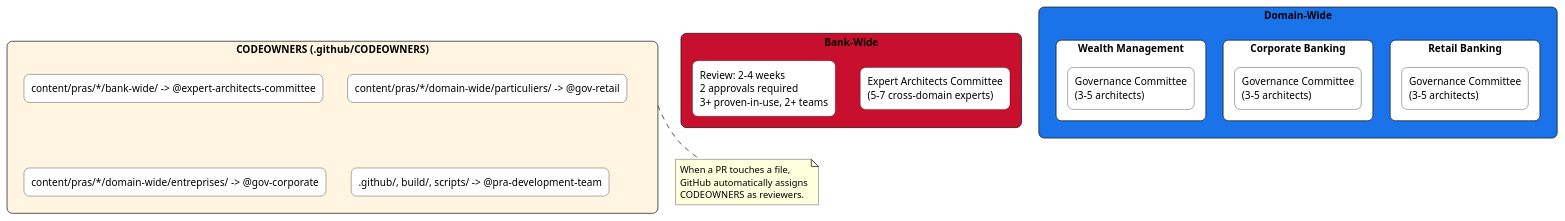
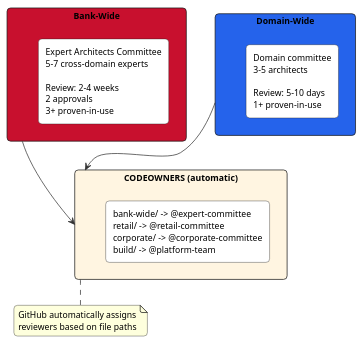
Before and after one commit to KiyaliHQ/proven-reusable-architecture: the fifth of 7 diagrams in content/pras/en/overview.adoc, drawn with PlantUML. The commit also changed other lines of this file and 1 other file, not shown here.

First line of the commit message:
fix: improve PlantUML diagrams for stakeholder presentation

```diff
--- a/content/pras/en/overview.adoc
+++ b/content/pras/en/overview.adoc
@@ -224,39 +197,32 @@
 [plantuml]
 ----
 @startuml
 skinparam backgroundColor transparent
-skinparam rectangle {
-  RoundCorner 15
+skinparam defaultFontName "Segoe UI"
+skinparam defaultFontSize 12
+skinparam shadowing false
+skinparam roundCorner 10
+skinparam ArrowColor #333333
+
+rectangle "Bank-Wide" as bw #c8102e {
+  rectangle "Expert Architects Committee\n5-7 cross-domain experts\n\nReview: 2-4 weeks\n2 approvals\n3+ proven-in-use" as bw_rules #ffffff
 }
 
-rectangle "Bank-Wide" as bw #c8102e {
-  rectangle "Expert Architects Committee\n(5-7 cross-domain experts)" as cae #fff
-  rectangle "Review: 2-4 weeks\n2 approvals required\n3+ proven-in-use, 2+ teams" as bw_rules #fff
+rectangle "Domain-Wide" as dw #2563eb {
+  rectangle "Domain committee\n3-5 architects\n\nReview: 5-10 days\n1+ proven-in-use" as dw_rules #ffffff
 }
 
-rectangle "Domain-Wide" as dw #1a73e8 {
-  rectangle "Retail Banking" as gov_part #fff {
-    rectangle "Governance Committee\n(3-5 architects)" as cg_part #fff
-  }
-  rectangle "Corporate Banking" as gov_ent #fff {
-    rectangle "Governance Committee\n(3-5 architects)" as cg_ent #fff
-  }
-  rectangle "Wealth Management" as gov_gp #fff {
-    rectangle "Governance Committee\n(3-5 architects)" as cg_gp #fff
-  }
+rectangle "CODEOWNERS (automatic)" as co #fff5e1 {
+  rectangle "bank-wide/ -> @expert-committee\nretail/ -> @retail-committee\ncorporate/ -> @corporate-committee\nbuild/ -> @platform-team" as co_rules #ffffff
 }
 
-rectangle "CODEOWNERS (.github/CODEOWNERS)" as co #fff5e1 {
-  rectangle "content/pras/*/bank-wide/ -> @expert-architects-committee" as co1 #fff
-  rectangle "content/pras/*/domain-wide/particuliers/ -> @gov-retail" as co2 #fff
-  rectangle "content/pras/*/domain-wide/entreprises/ -> @gov-corporate" as co3 #fff
-  rectangle ".github/, build/, scripts/ -> @pra-development-team" as co4 #fff
-}
+bw -[hidden]right-> dw
+bw -down-> co
+dw -down-> co
 
 note bottom of co
-  When a PR touches a file,
   GitHub automatically assigns
-  CODEOWNERS as reviewers.
+  reviewers based on file paths
 end note
 @enduml
 ----
```
